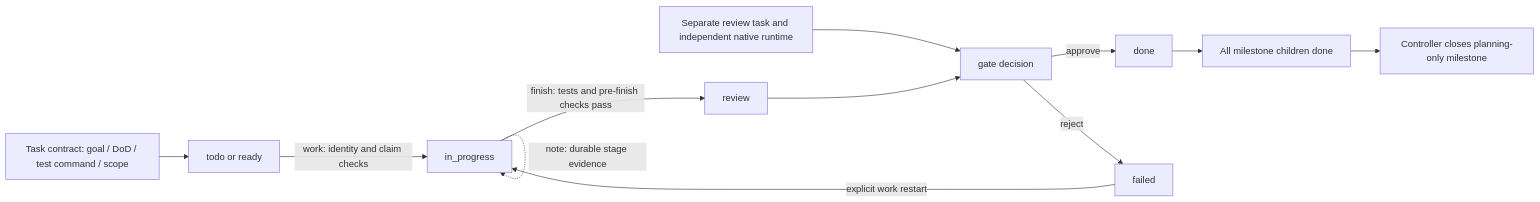
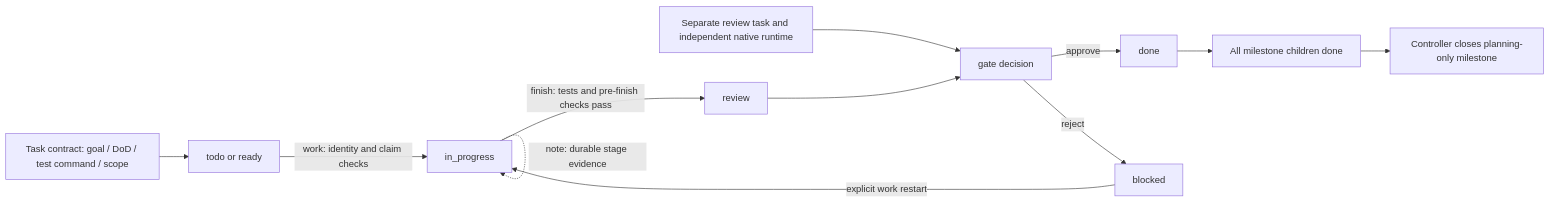
One commit to asimfish/agent-workflow-kit changed the third of 4 diagrams in docs/architecture/README.md. Above: the diagram before and after it, drawn with Mermaid. The commit also changed other lines of this file and 10 other files, not shown here.

First line of the commit message:
docs(architecture): align rejection state and hook direction

````diff
--- a/docs/architecture/README.md
+++ b/docs/architecture/README.md
@@ -105,14 +106,14 @@
 ```mermaid
 flowchart LR
     Contract[Task contract: goal / DoD / test command / scope] --> Todo[todo or ready]
     Todo -->|work: identity and claim checks| Work[in_progress]
     Work -. note: durable stage evidence .-> Work
     Work -->|finish: tests and pre-finish checks pass| Review[review]
     Reviewer[Separate review task and independent native runtime] --> Gate[gate decision]
     Review --> Gate
     Gate -->|approve| Done[done]
-    Gate -->|reject| Failed[failed]
-    Failed -->|explicit work restart| Work
+    Gate -->|reject| Blocked[blocked]
+    Blocked -->|explicit work restart| Work
     Done --> Children[All milestone children done]
     Children --> Closed[Controller closes planning-only milestone]
 ```
````
